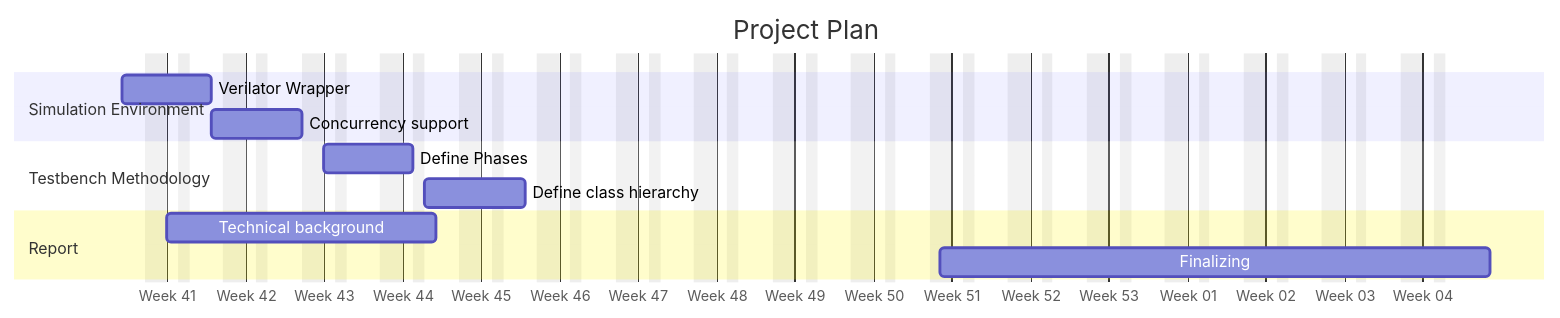
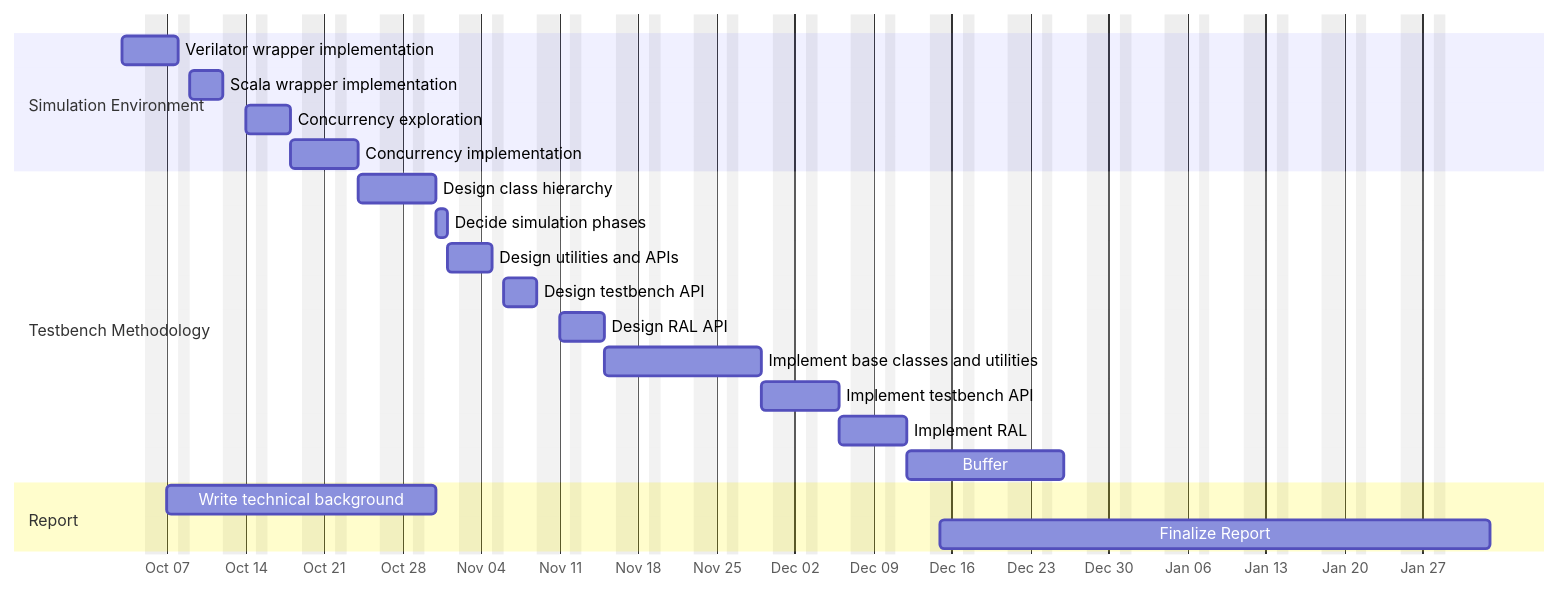
Before and after one commit to tjarker/framework-doc: the diagram in project-plan/gantt.mmd, drawn with Mermaid. The commit also changed 5 other files, not shown here.

Commit message:
finish project plan

```diff
--- a/project-plan/gantt.mmd
+++ b/project-plan/gantt.mmd
@@ -1,23 +1,30 @@
 gantt
     dateFormat  YYYY-MM-DD
-    title       Project Plan
     excludes    weekends, tuesday
-    axisFormat  Week %W
+    axisFormat  %b %d
     tickInterval 1week
     todayMarker off
     weekday monday
 
 
     section Simulation Environment
-    Verilator Wrapper : backend, 2024-10-03, 5d
-    Concurrency support : conc, after backend, 5d
+    Verilator wrapper implementation: ver_wrap, 2024-10-03, 3d
+    Scala wrapper implementation: sc_wrap, after ver_wrap, 3d
+    Concurrency exploration : conc_expl, after sc_wrap, 3d
+    Concurrency implementation : conc_impl, after conc_expl, 3d
 
 
     section Testbench Methodology
-    Define Phases: 5d
-    Define class hierarchy :  6d
-
+    Design class hierarchy: 4d
+    Decide simulation phases :  1d
+    Design utilities and APIs : 2d
+    Design testbench API: 3d
+    Design RAL API : 3d
+    Implement base classes and utilities: 8d
+    Implement testbench API: 4d
+    Implement RAL : 3d
+    Buffer : 8d
 
     section Report
-    Technical background: 2024-10-07, 2w
-    Finalizing: 2024-12-15, 2025-02-02
+    Write technical background: 2024-10-07, 2w
+    Finalize Report: 2024-12-15, 2025-02-02
```
